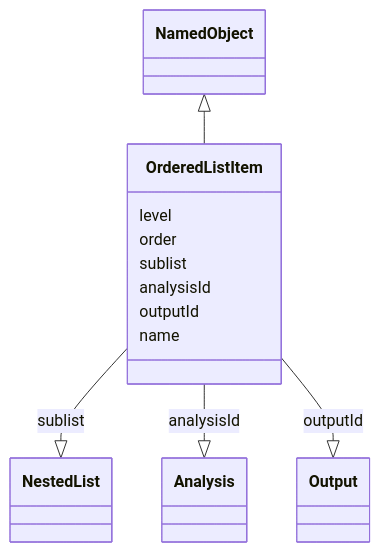
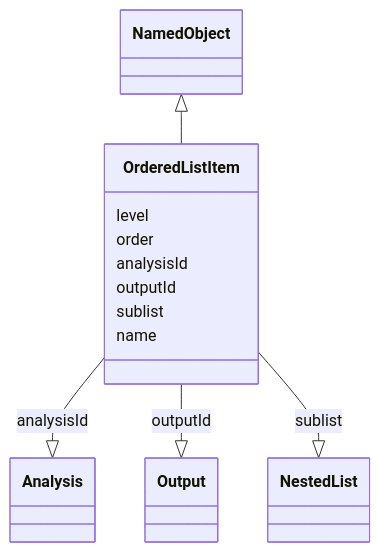
Before and after one commit to cdisc-org/analysis-results-standard: the diagram in project/docs/OrderedListItem.md, drawn with Mermaid. The commit also changed other lines of this file and 93 other files, not shown here.

Commit message:
Issue 205 and reorder slots in OrderedListItem

````diff
--- a/project/docs/OrderedListItem.md
+++ b/project/docs/OrderedListItem.md
@@ -13,16 +13,16 @@
 ```mermaid
  classDiagram
     class OrderedListItem
       NamedObject <|-- OrderedListItem
 
       OrderedListItem : level
         OrderedListItem : order
-        OrderedListItem : sublist
-        OrderedListItem --|> NestedList : sublist
         OrderedListItem : analysisId
         OrderedListItem --|> Analysis : analysisId
         OrderedListItem : outputId
         OrderedListItem --|> Output : outputId
+        OrderedListItem : sublist
+        OrderedListItem --|> NestedList : sublist
         OrderedListItem : name
         
 ```
````
